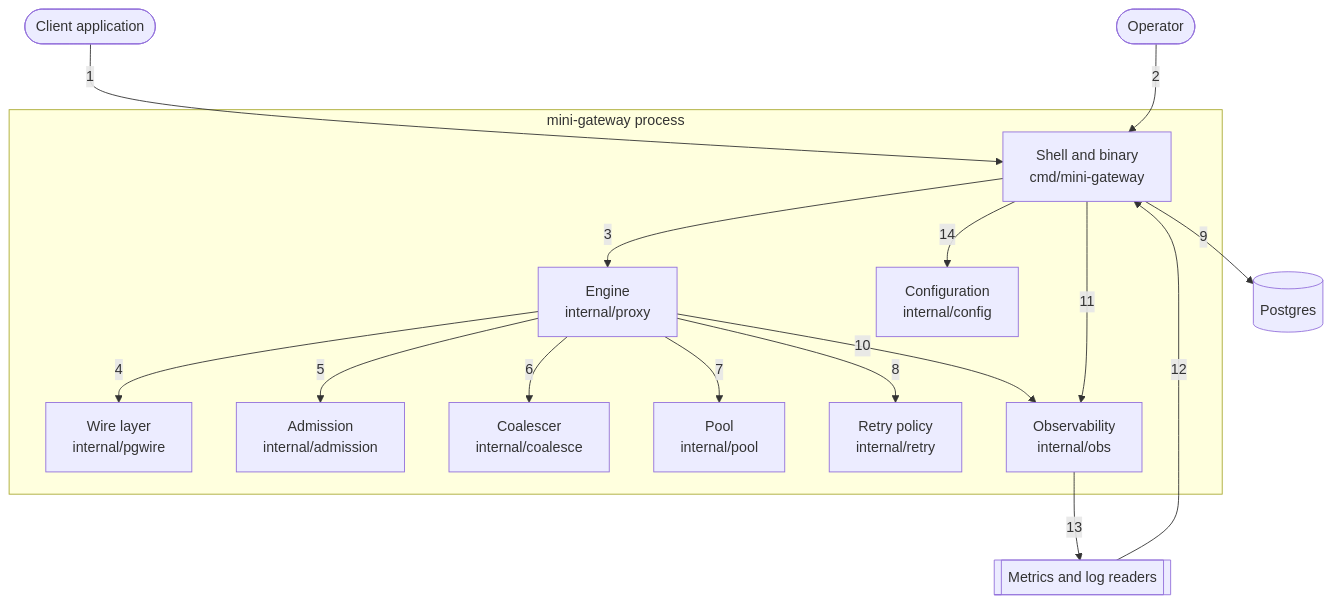
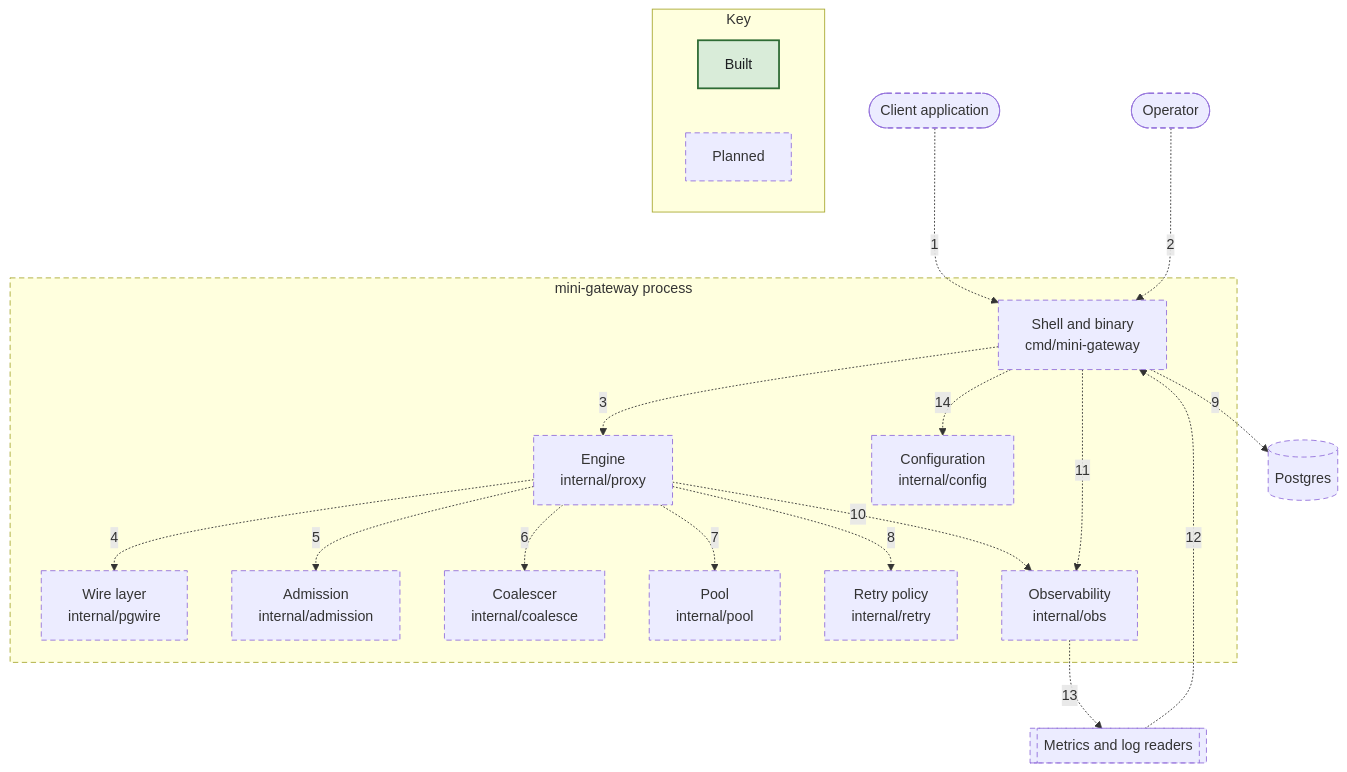
The diagram in docs/c4/diagrams/02-container-request-path.mmd (nickstrad/mini-gateway), drawn with Mermaid before and after one commit. The commit also changed 28 other files, not shown here.

```diff
--- a/docs/c4/diagrams/02-container-request-path.mmd
+++ b/docs/c4/diagrams/02-container-request-path.mmd
@@ -1,30 +1,37 @@
 flowchart TB
-  APP(["Client application"])
-  OPERATOR(["Operator"])
-  PG[("Postgres")]
-  TELEMETRY[["Metrics and log readers"]]
+  APP(["Client application"]):::planned
+  OPERATOR(["Operator"]):::planned
+  PG[("Postgres")]:::planned
+  TELEMETRY[["Metrics and log readers"]]:::planned
   subgraph SCOPE["mini-gateway process"]
-    C_SHELL["Shell and binary<br/>cmd/mini-gateway"]
-    C_ENGINE["Engine<br/>internal/proxy"]
-    C_PGWIRE["Wire layer<br/>internal/pgwire"]
-    C_ADM["Admission<br/>internal/admission"]
-    C_COAL["Coalescer<br/>internal/coalesce"]
-    C_POOL["Pool<br/>internal/pool"]
-    C_RETRY["Retry policy<br/>internal/retry"]
-    C_OBS["Observability<br/>internal/obs"]
-    C_CONFIG["Configuration<br/>internal/config"]
+    C_SHELL["Shell and binary<br/>cmd/mini-gateway"]:::planned
+    C_ENGINE["Engine<br/>internal/proxy"]:::planned
+    C_PGWIRE["Wire layer<br/>internal/pgwire"]:::planned
+    C_ADM["Admission<br/>internal/admission"]:::planned
+    C_COAL["Coalescer<br/>internal/coalesce"]:::planned
+    C_POOL["Pool<br/>internal/pool"]:::planned
+    C_RETRY["Retry policy<br/>internal/retry"]:::planned
+    C_OBS["Observability<br/>internal/obs"]:::planned
+    C_CONFIG["Configuration<br/>internal/config"]:::planned
   end
-  APP -->|1| C_SHELL
-  OPERATOR -->|2| C_SHELL
-  C_SHELL -->|3| C_ENGINE
-  C_ENGINE -->|4| C_PGWIRE
-  C_ENGINE -->|5| C_ADM
-  C_ENGINE -->|6| C_COAL
-  C_ENGINE -->|7| C_POOL
-  C_ENGINE -->|8| C_RETRY
-  C_SHELL -->|9| PG
-  C_ENGINE -->|10| C_OBS
-  C_SHELL -->|11| C_OBS
-  TELEMETRY -->|12| C_SHELL
-  C_OBS -->|13| TELEMETRY
-  C_SHELL -->|14| C_CONFIG
+  APP -.->|1| C_SHELL
+  OPERATOR -.->|2| C_SHELL
+  C_SHELL -.->|3| C_ENGINE
+  C_ENGINE -.->|4| C_PGWIRE
+  C_ENGINE -.->|5| C_ADM
+  C_ENGINE -.->|6| C_COAL
+  C_ENGINE -.->|7| C_POOL
+  C_ENGINE -.->|8| C_RETRY
+  C_SHELL -.->|9| PG
+  C_ENGINE -.->|10| C_OBS
+  C_SHELL -.->|11| C_OBS
+  TELEMETRY -.->|12| C_SHELL
+  C_OBS -.->|13| TELEMETRY
+  C_SHELL -.->|14| C_CONFIG
+  subgraph KEY["Key"]
+    KEY_BUILT["Built"]:::built
+    KEY_PLANNED["Planned"]:::planned
+  end
+  classDef built fill:#d9ecd9,stroke:#2e6b34,stroke-width:2px,color:#1c1e21
+  classDef planned stroke-width:1px,stroke-dasharray:6 4
+  style SCOPE stroke-dasharray:6 4
```
